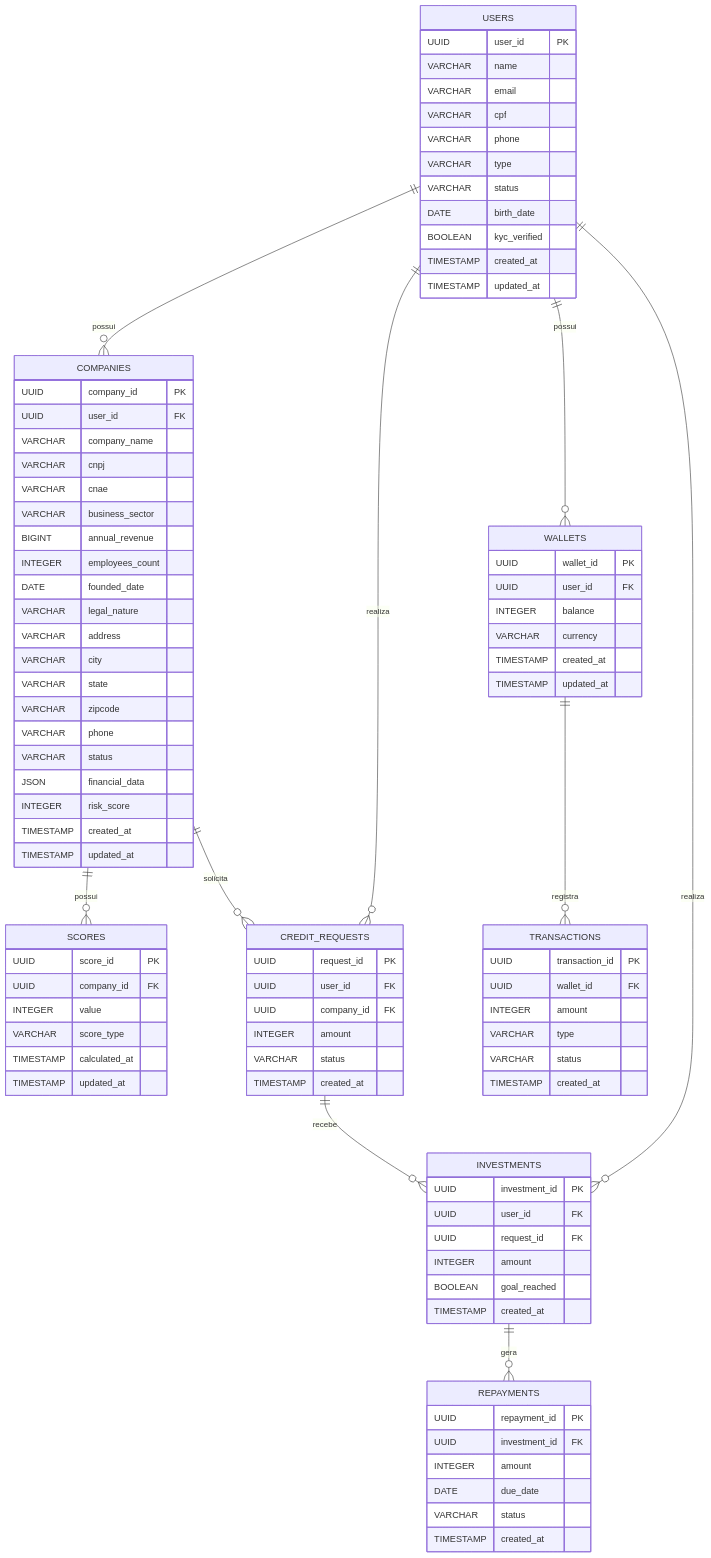
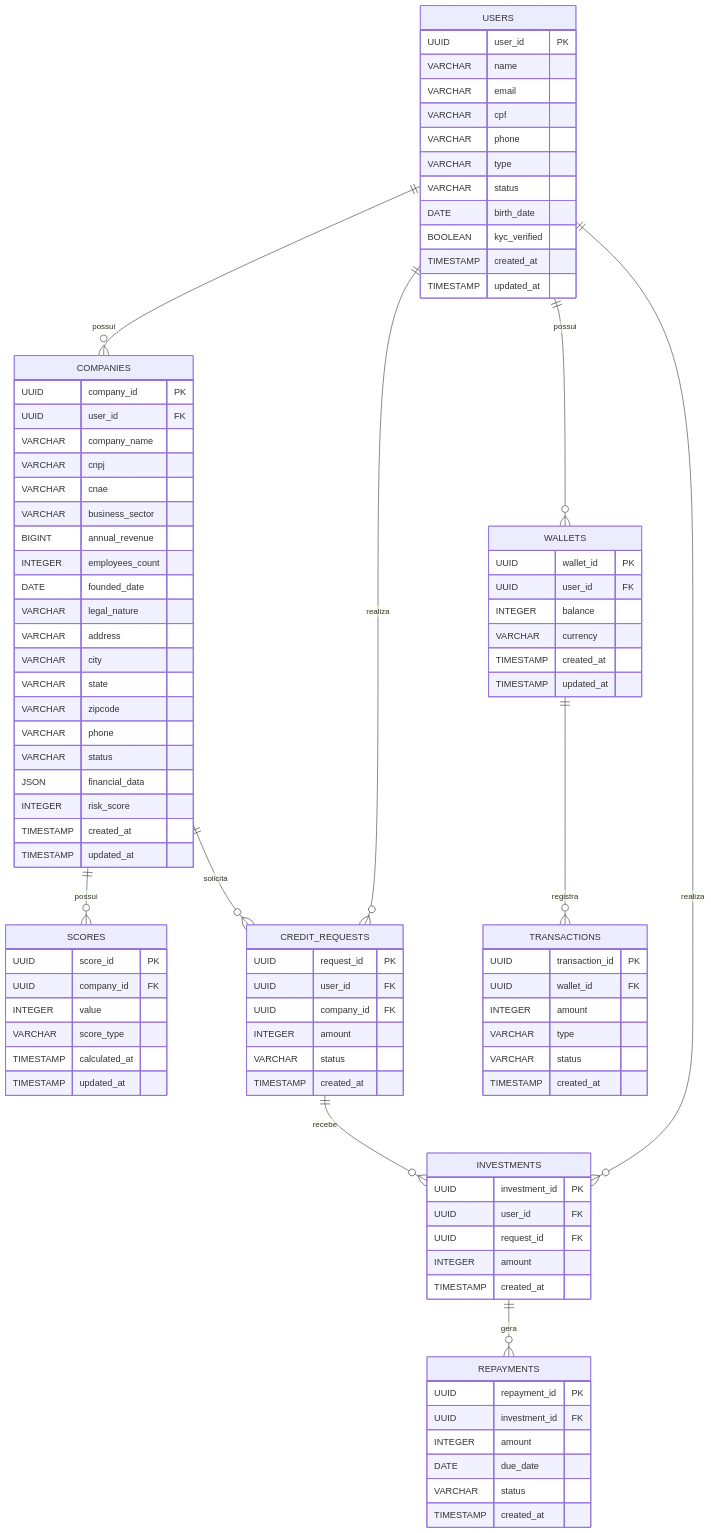
One commit to QInvest/qinvest changed the diagram in README.md. Above: the diagram before and after it, drawn with Mermaid.

Commit message:
docs: Remove 'goal_reached' field from the investment entity in README.md

```diff
--- a/README.md
+++ b/README.md
@@ -68,8 +68,7 @@
 		UUID investment_id PK ""  
 		UUID user_id FK ""  
 		UUID request_id FK ""  
-		INTEGER amount  ""  
-		BOOLEAN goal_reached  ""  
+		INTEGER amount  ""   
 		TIMESTAMP created_at  ""  
 	}
 
```
